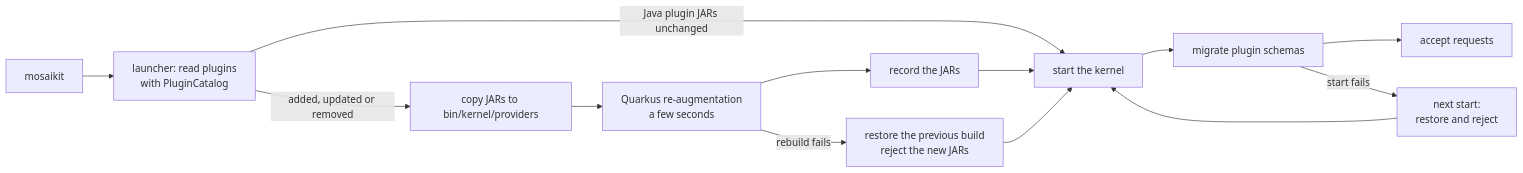
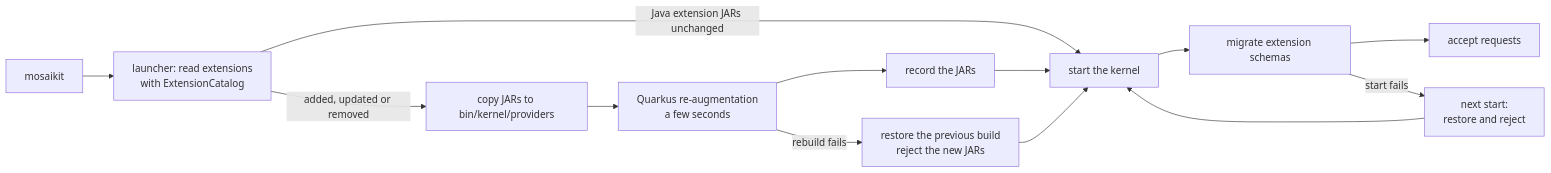
The diagram in docs/development/architecture.md (mosaikit/mosaikit), drawn with Mermaid before and after one commit. The commit also changed other lines of this file and 478 other files, not shown here.

First line of the commit message:
refactor: plugins are called extensions (ADR-0036)

````diff
--- a/docs/development/architecture.md
+++ b/docs/development/architecture.md
@@ -72,9 +72,9 @@
 ```mermaid
 flowchart LR
-    S[mosaikit] --> L[launcher: read plugins<br/>with PluginCatalog]
-    L -->|Java plugin JARs unchanged| K[start the kernel]
+    S[mosaikit] --> L[launcher: read extensions<br/>with ExtensionCatalog]
+    L -->|Java extension JARs unchanged| K[start the kernel]
     L -->|added, updated or removed| C[copy JARs to bin/kernel/providers] --> R[Quarkus re-augmentation<br/>a few seconds] --> W[record the JARs] --> K
-    K --> M[migrate plugin schemas] --> A[accept requests]
+    K --> M[migrate extension schemas] --> A[accept requests]
     R -->|rebuild fails| B[restore the previous build<br/>reject the new JARs] --> K
     M -->|start fails| X[next start:<br/>restore and reject] --> K
 ```
````
